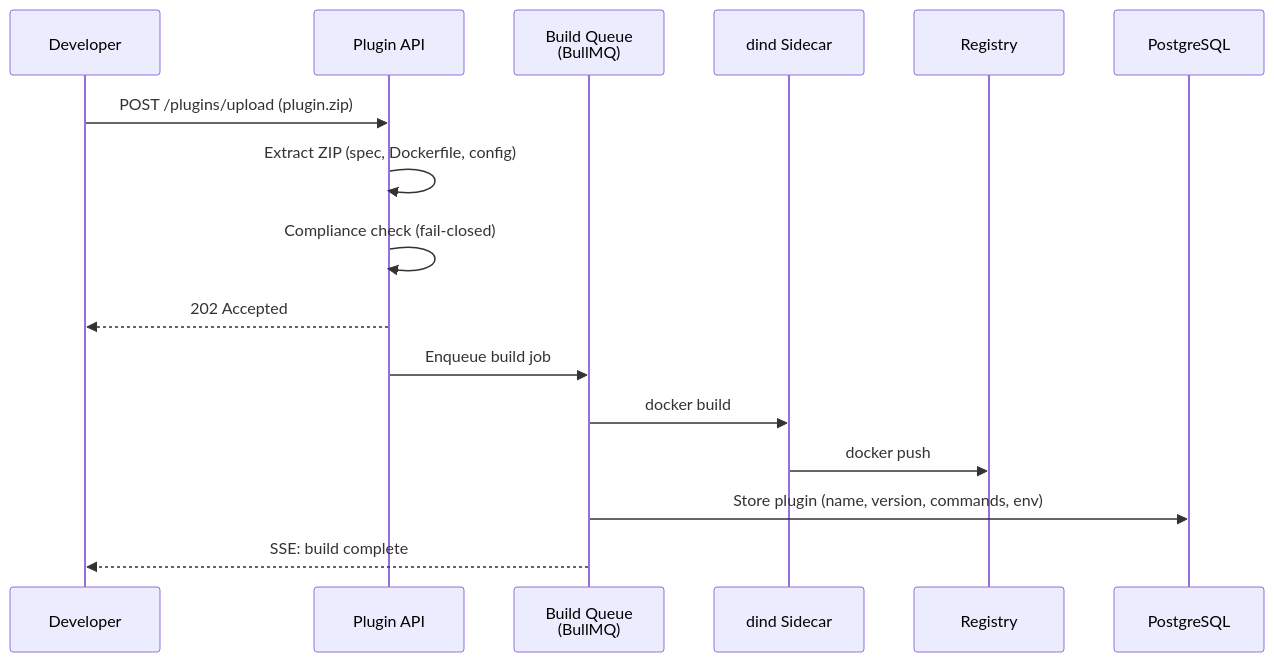
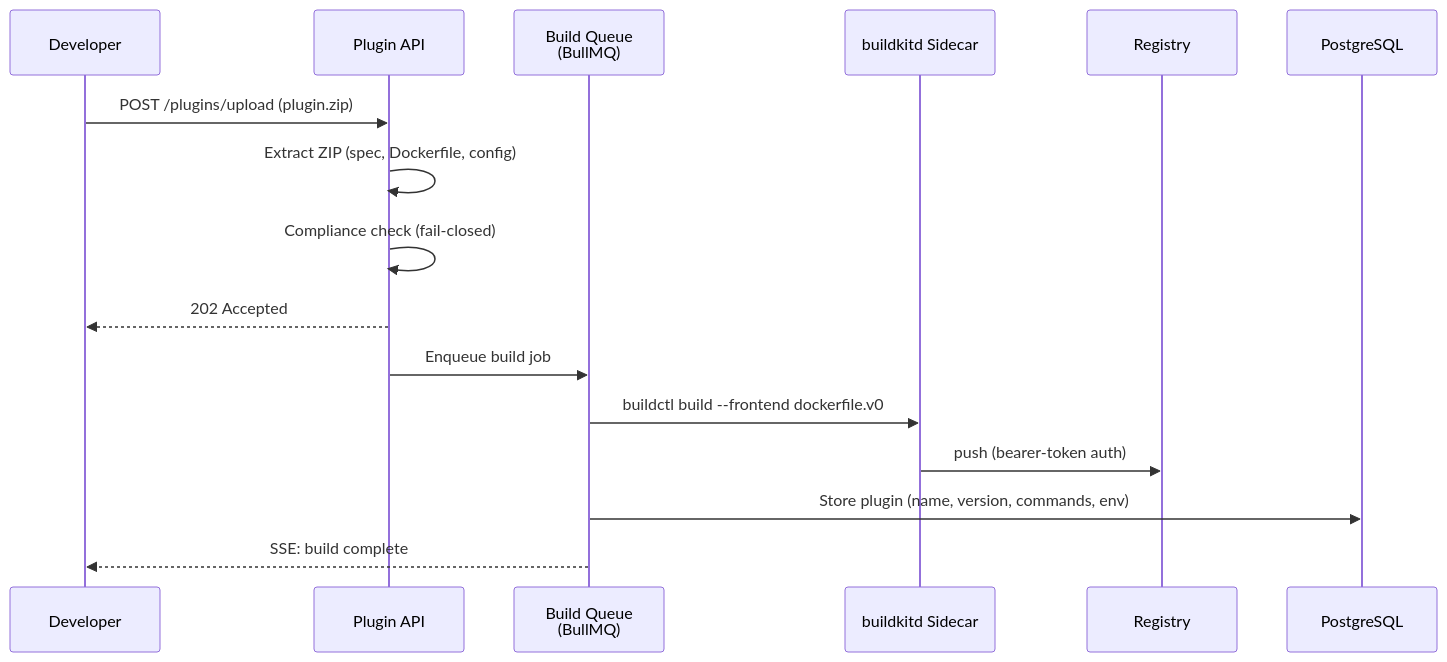
One commit to mwashburn160/pipeline-builder changed the second of 10 diagrams in docs/architecture-flow.md. Above: the diagram before and after it, drawn with Mermaid. The commit also changed other lines of this file and 69 other files, not shown here.

````diff
--- a/docs/architecture-flow.md
+++ b/docs/architecture-flow.md
@@ -59,21 +59,21 @@
 ```mermaid
 sequenceDiagram
     participant Dev as Developer
     participant API as Plugin API
     participant Queue as Build Queue<br/>(BullMQ)
-    participant Dind as dind Sidecar
+    participant BK as buildkitd Sidecar
     participant Reg as Registry
     participant DB as PostgreSQL
 
     Dev->>API: POST /plugins/upload (plugin.zip)
     API->>API: Extract ZIP (spec, Dockerfile, config)
     API->>API: Compliance check (fail-closed)
     API-->>Dev: 202 Accepted
 
     API->>Queue: Enqueue build job
 
-    Queue->>Dind: docker build
-    Dind->>Reg: docker push
+    Queue->>BK: buildctl build --frontend dockerfile.v0
+    BK->>Reg: push (bearer-token auth)
     Queue->>DB: Store plugin (name, version, commands, env)
     Queue-->>Dev: SSE: build complete
 ```
````
